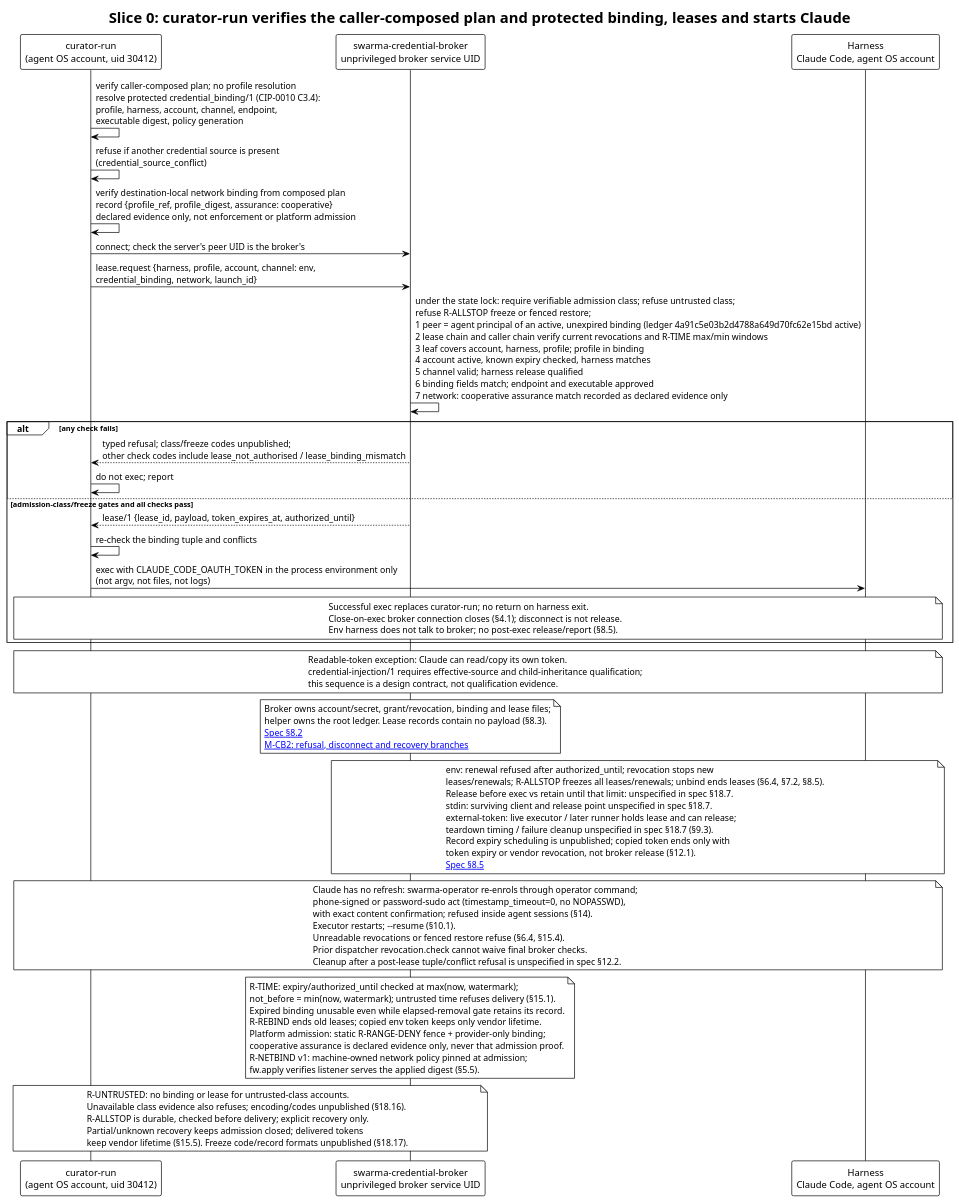
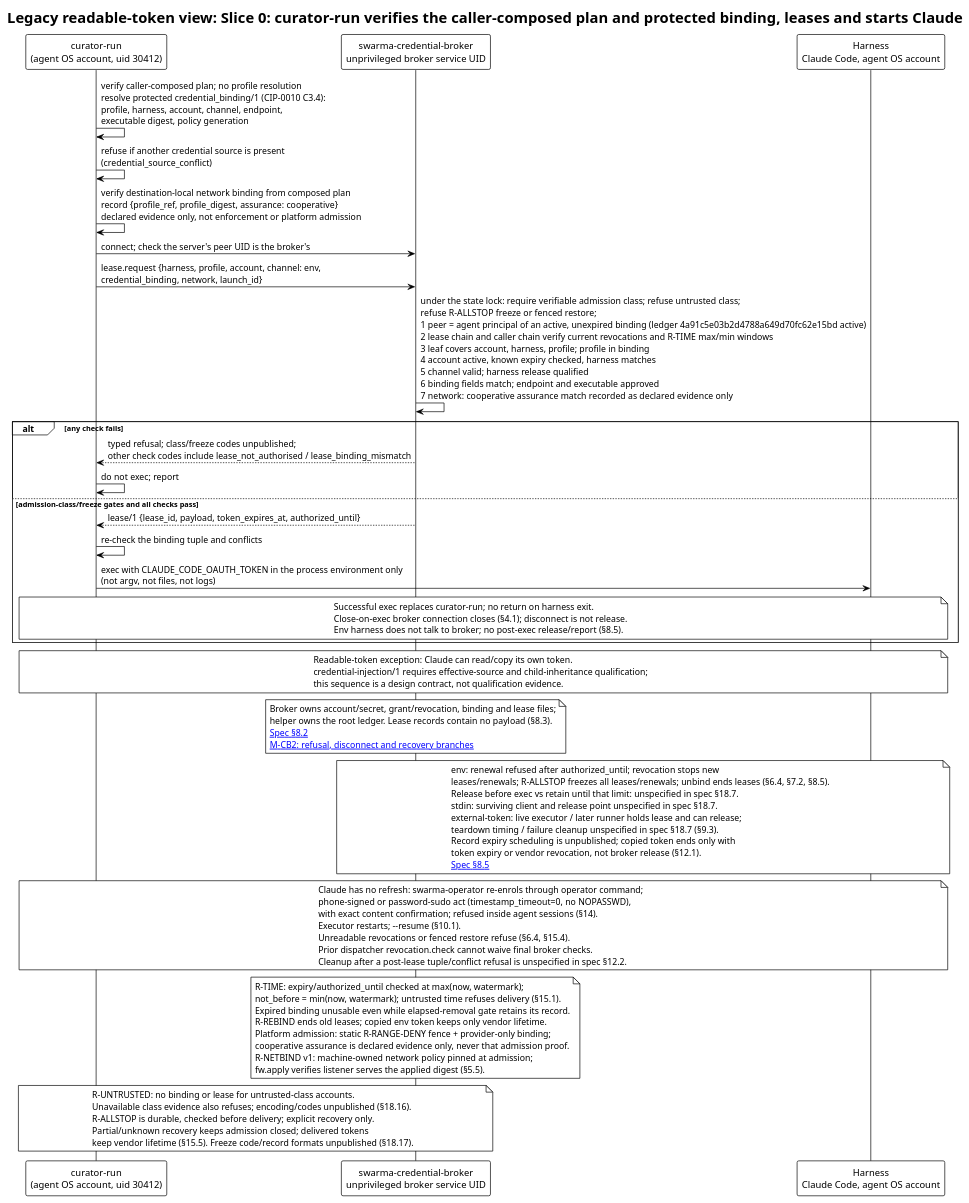
One commit to relux-works/swarma-credential-broker changed the first of 2 diagrams in diagrams/lease-at-launch.puml. Above: the diagram before and after it, drawn with PlantUML. The commit also changed other lines of this file and 22 other files, not shown here.

```diff
--- a/diagrams/lease-at-launch.puml
+++ b/diagrams/lease-at-launch.puml
@@ -1,72 +1,72 @@
 @startuml lease-at-launch
 !theme plain
-title Slice 0: curator-run verifies the caller-composed plan and protected binding, leases and starts Claude
+title Legacy readable-token view: Slice 0: curator-run verifies the caller-composed plan and protected binding, leases and starts Claude
 
 participant "curator-run\n(agent OS account, uid 30412)" as E
 participant "swarma-credential-broker\nunprivileged broker service UID" as B
 participant "Harness\nClaude Code, agent OS account" as H
 
 E -> E: verify caller-composed plan; no profile resolution\nresolve protected credential_binding/1 (CIP-0010 C3.4):\nprofile, harness, account, channel, endpoint,\nexecutable digest, policy generation
 E -> E: refuse if another credential source is present\n(credential_source_conflict)
 E -> E: verify destination-local network binding from composed plan\nrecord {profile_ref, profile_digest, assurance: cooperative}\ndeclared evidence only, not enforcement or platform admission
 E -> B: connect; check the server's peer UID is the broker's
 E -> B: lease.request {harness, profile, account, channel: env,\ncredential_binding, network, launch_id}
 B -> B: under the state lock: require verifiable admission class; refuse untrusted class;\nrefuse R-ALLSTOP freeze or fenced restore;\n1 peer = agent principal of an active, unexpired binding (ledger 4a91c5e03b2d4788a649d70fc62e15bd active)\n2 lease chain and caller chain verify current revocations and R-TIME max/min windows\n3 leaf covers account, harness, profile; profile in binding\n4 account active, known expiry checked, harness matches\n5 channel valid; harness release qualified\n6 binding fields match; endpoint and executable approved\n7 network: cooperative assurance match recorded as declared evidence only
 alt any check fails
   B --> E: typed refusal; class/freeze codes unpublished;\nother check codes include lease_not_authorised / lease_binding_mismatch
   E -> E: do not exec; report
 else admission-class/freeze gates and all checks pass
   B --> E: lease/1 {lease_id, payload, token_expires_at, authorized_until}
   E -> E: re-check the binding tuple and conflicts
   E -> H: exec with CLAUDE_CODE_OAUTH_TOKEN in the process environment only\n(not argv, not files, not logs)
   note over E,H
     Successful exec replaces curator-run; no return on harness exit.
     Close-on-exec broker connection closes (§4.1); disconnect is not release.
     Env harness does not talk to broker; no post-exec release/report (§8.5).
   end note
 end
 note over E,H: Readable-token exception: Claude can read/copy its own token.\ncredential-injection/1 requires effective-source and child-inheritance qualification;\nthis sequence is a design contract, not qualification evidence.
 note over B
   Broker owns account/secret, grant/revocation, binding and lease files;
   helper owns the root ledger. Lease records contain no payload (§8.3).
   [[../spec/broker.md#82-checks-in-order Spec §8.2]]
   [[lease-recovery.puml M-CB2: refusal, disconnect and recovery branches]]
 end note
 note over B,H
   env: renewal refused after authorized_until; revocation stops new
   leases/renewals; R-ALLSTOP freezes all leases/renewals; unbind ends leases (§6.4, §7.2, §8.5).
   Release before exec vs retain until that limit: unspecified in spec §18.7.
   stdin: surviving client and release point unspecified in spec §18.7.
   external-token: live executor / later runner holds lease and can release;
   teardown timing / failure cleanup unspecified in spec §18.7 (§9.3).
   Record expiry scheduling is unpublished; copied token ends only with
   token expiry or vendor revocation, not broker release (§12.1).
   [[../spec/broker.md#85-renewal-release-and-reports Spec §8.5]]
 end note
 note over E,H
   Claude has no refresh: swarma-operator re-enrols through operator command;
   phone-signed or password-sudo act (timestamp_timeout=0, no NOPASSWD),
   with exact content confirmation; refused inside agent sessions (§14).
   Executor restarts; --resume (§10.1).
   Unreadable revocations or fenced restore refuse (§6.4, §15.4).
   Prior dispatcher revocation.check cannot waive final broker checks.
   Cleanup after a post-lease tuple/conflict refusal is unspecified in spec §12.2.
 end note
 note over B
   R-TIME: expiry/authorized_until checked at max(now, watermark);
   not_before = min(now, watermark); untrusted time refuses delivery (§15.1).
   Expired binding unusable even while elapsed-removal gate retains its record.
   R-REBIND ends old leases; copied env token keeps only vendor lifetime.
   Platform admission: static R-RANGE-DENY fence + provider-only binding;
   cooperative assurance is declared evidence only, never that admission proof.
   R-NETBIND v1: machine-owned network policy pinned at admission;
   fw.apply verifies listener serves the applied digest (§5.5).
 end note
 note over E,B
   R-UNTRUSTED: no binding or lease for untrusted-class accounts.
   Unavailable class evidence also refuses; encoding/codes unpublished (§18.16).
   R-ALLSTOP is durable, checked before delivery; explicit recovery only.
   Partial/unknown recovery keeps admission closed; delivered tokens
   keep vendor lifetime (§15.5). Freeze code/record formats unpublished (§18.17).
 end note
 @enduml
```
